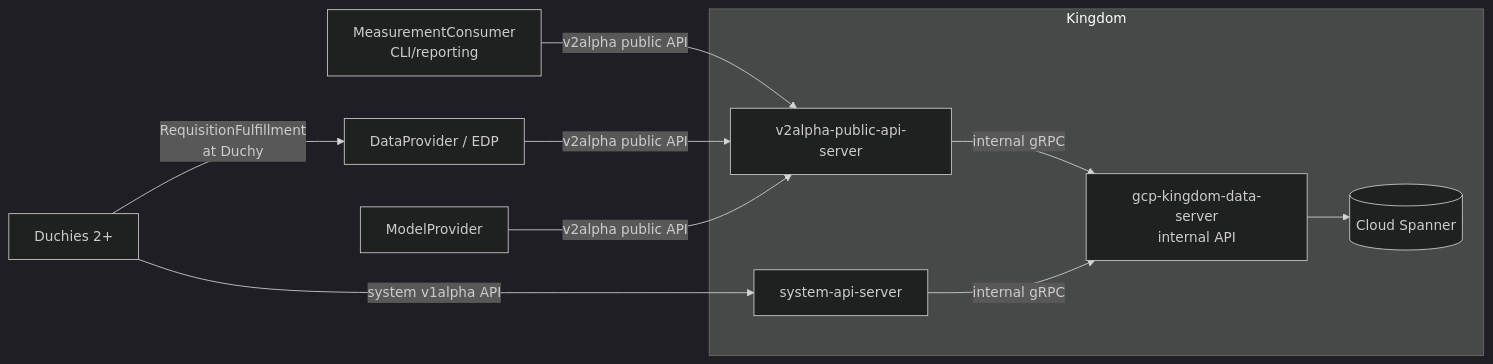
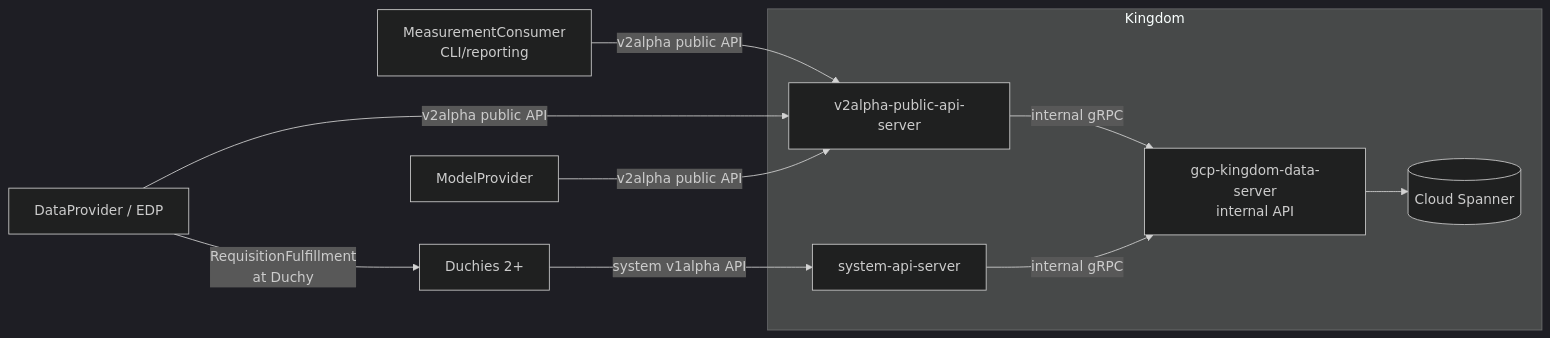
The first of 2 diagrams in docs/architecture/components/kingdom.md (world-federation-of-advertisers/cross-media-measurement), drawn with Mermaid (dark theme) before and after one commit. The commit also changed other lines of this file and 7 other files, not shown here.

````diff
--- a/docs/architecture/components/kingdom.md
+++ b/docs/architecture/components/kingdom.md
@@ -42,18 +42,18 @@
 ```mermaid
 flowchart LR
   MC[MeasurementConsumer<br/>CLI/reporting] -->|v2alpha public API| PUB
   EDP[DataProvider / EDP] -->|v2alpha public API| PUB
   MP[ModelProvider] -->|v2alpha public API| PUB
   Duchy[Duchies 2+] -->|system v1alpha API| SYS
 
   subgraph Kingdom
     PUB[v2alpha-public-api-server]
     SYS[system-api-server]
     INT[gcp-kingdom-data-server<br/>internal API]
     PUB -->|internal gRPC| INT
     SYS -->|internal gRPC| INT
     INT --> DB[(Cloud Spanner)]
   end
 
-  Duchy -->|RequisitionFulfillment<br/>at Duchy| EDP
+  EDP -->|RequisitionFulfillment<br/>at Duchy| Duchy
 ```
````
